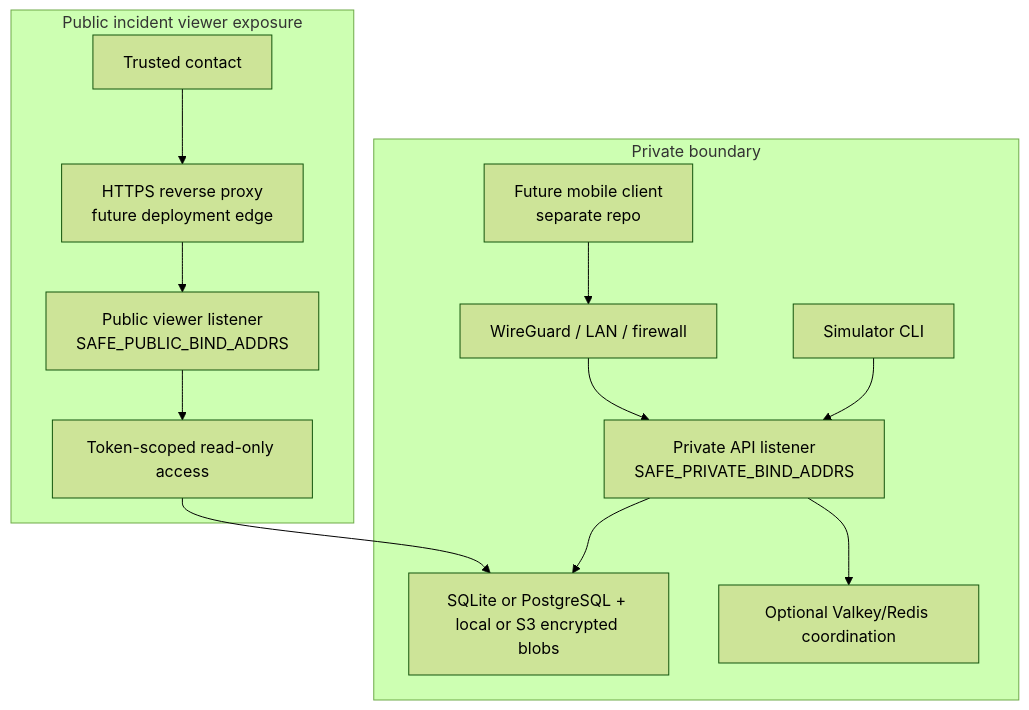
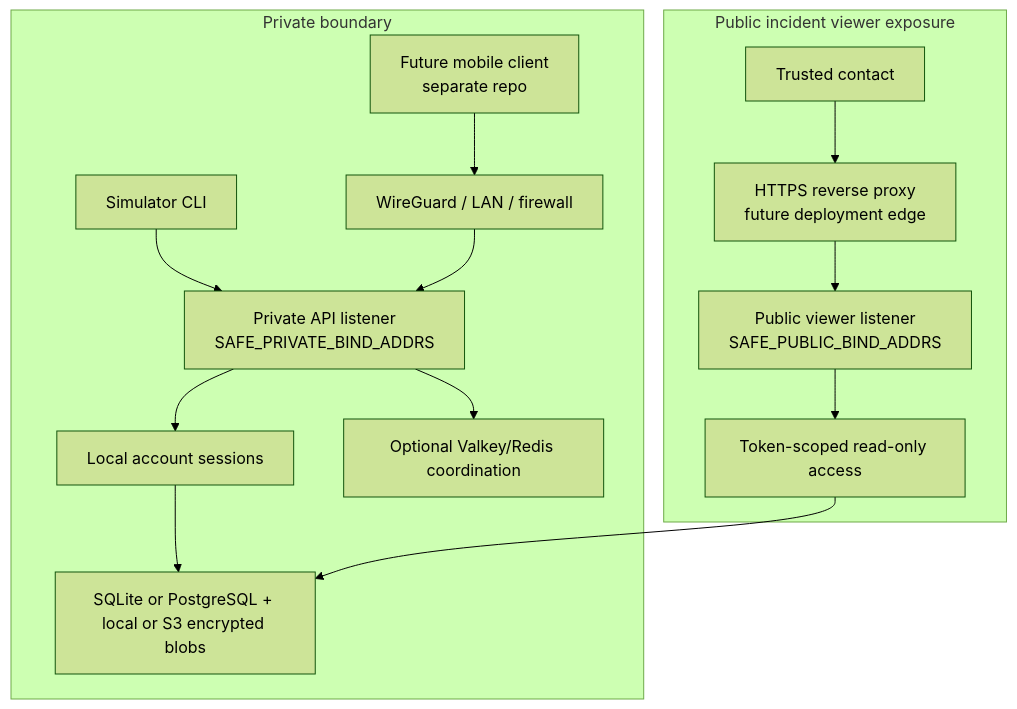
The second of 4 diagrams in docs/architecture.md (open-proofline/server), drawn with Mermaid (forest theme) before and after one commit. The commit also changed other lines of this file and 75 other files, not shown here.

Commit message:
Implement v1 local account auth

````diff
--- a/docs/architecture.md
+++ b/docs/architecture.md
@@ -76,17 +76,18 @@
 ```mermaid
 flowchart TB
     subgraph PrivateNetwork["Private boundary"]
         FuturePhone["Future mobile client<br/>separate repo"] --> WireGuard["WireGuard / LAN / firewall"]
         Simulator["Simulator CLI"] --> PrivateListener["Private API listener<br/>SAFE_PRIVATE_BIND_ADDRS"]
         WireGuard --> PrivateListener
-        PrivateListener --> Storage["SQLite or PostgreSQL + local or S3 encrypted blobs"]
+        PrivateListener --> Auth["Local account sessions"]
+        Auth --> Storage["SQLite or PostgreSQL + local or S3 encrypted blobs"]
         PrivateListener --> Coordination["Optional Valkey/Redis coordination"]
     end
 
     subgraph PublicEdge["Public incident viewer exposure"]
         TrustedContact["Trusted contact"] --> HTTPS["HTTPS reverse proxy<br/>future deployment edge"]
         HTTPS --> PublicListener["Public viewer listener<br/>SAFE_PUBLIC_BIND_ADDRS"]
         PublicListener --> ReadOnly["Token-scoped read-only access"]
         ReadOnly --> Storage
     end
 ```
````
